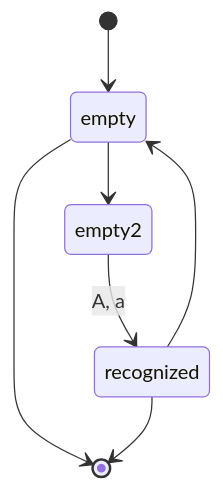
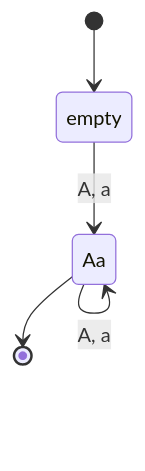
Before and after one commit to raganwald/raganwald.github.com: diagram 34 of 34 in _posts/2019-09-21-regular-expressions.md, drawn with Mermaid. The commit also changed other lines of this file and 2 other files, not shown here.

```diff
--- a/_posts/2019-09-21-regular-expressions.md
+++ b/_posts/2019-09-21-regular-expressions.md
@@ -3320,9 +3277,7 @@
 <div class="mermaid">
   stateDiagram
     [*]-->empty
-    empty-->empty2
-    empty-->[*]
-    empty2-->recognized : A, a
-    recognized-->empty
-    recognized-->[*]
+    empty-->Aa : A, a
+    Aa-->Aa : A, a
+    Aa-->[*]
 </div>
```
